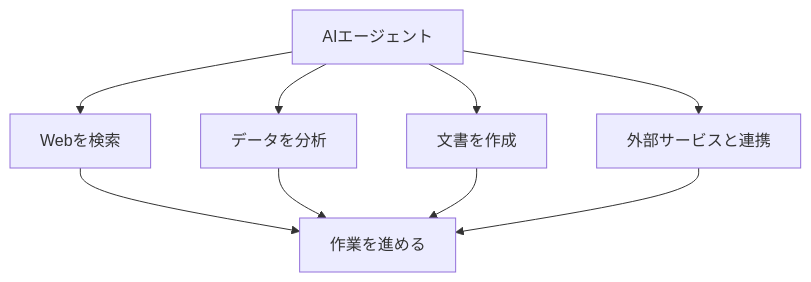
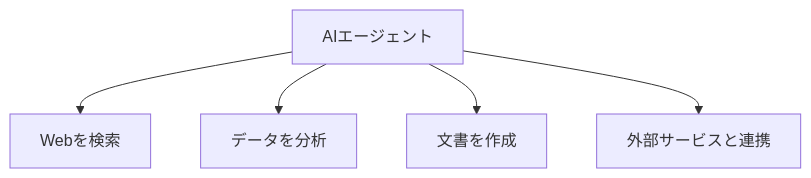
One commit to cyber-freaks-jp/AI_Driven_Development_Course changed the second of 2 diagrams in book/pages/AIエージェントとは.md. Above: the diagram before and after it, drawn with Mermaid. The commit also changed other lines of this file, not shown here.

````diff
--- a/book/pages/AIエージェントとは.md
+++ b/book/pages/AIエージェントとは.md
@@ -76,12 +72,7 @@
 ```mermaid
 graph TD
     A[AIエージェント] --> B[Webを検索]
     A --> C[データを分析]
     A --> D[文書を作成]
     A --> E[外部サービスと連携]
-
-    B --> F[作業を進める]
-    C --> F
-    D --> F
-    E --> F
 ```
````
